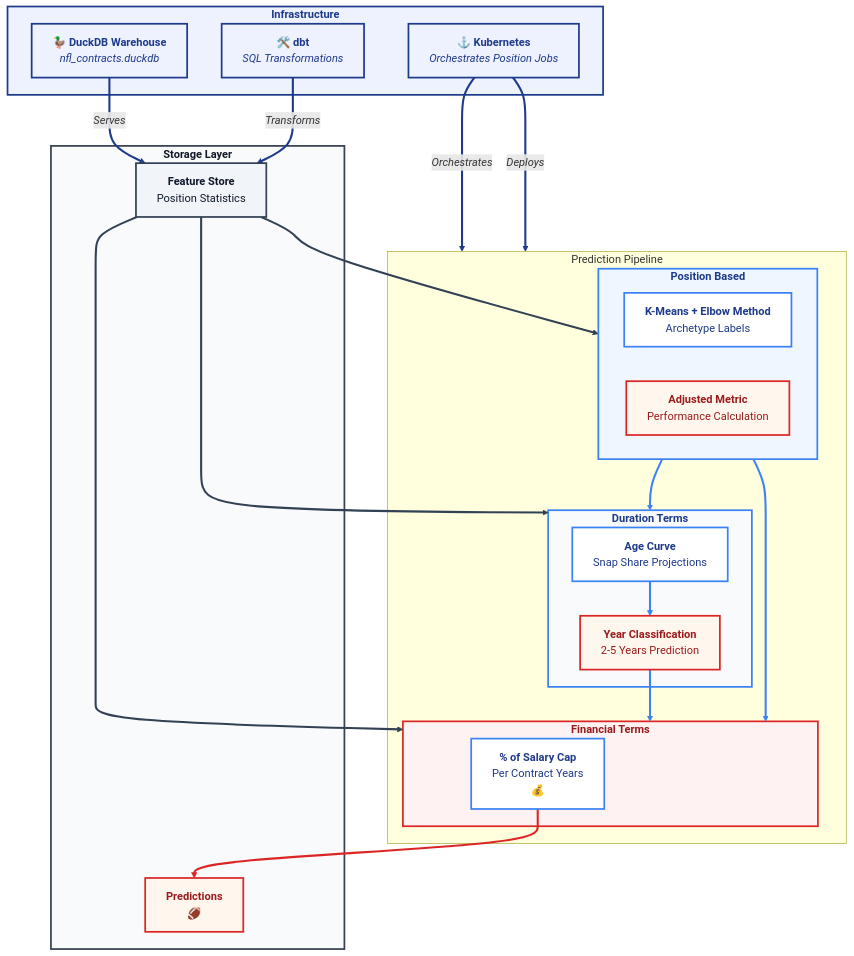
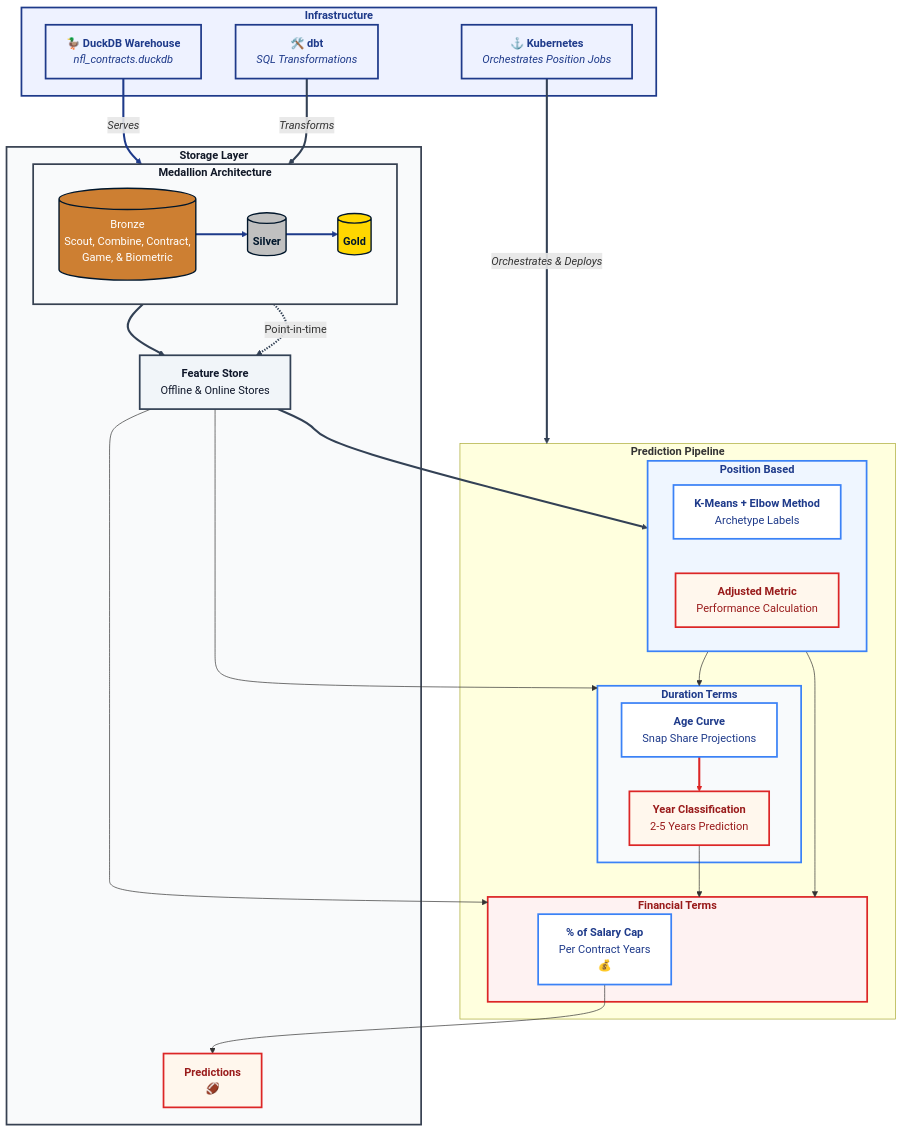
One commit to dec1costello/NFL-Market-Value-Analysis changed the diagram in README.md. Above: the diagram before and after it, drawn with Mermaid.

````diff
--- a/README.md
+++ b/README.md
@@ -38,8 +39,6 @@
 ```mermaid
-
-
 graph TB
-    %% === PROFESSIONAL RED WHITE BLUE THEME ===
+    %% === THEME & SHAPES ===
     classDef infrastructure fill:#eef2ff,stroke:#1e3a8a,stroke-width:2.5px,color:#1e3a8a
     classDef storage fill:#f9fafb,stroke:#374151,stroke-width:2.5px,color:#111827
     classDef stage1 fill:#eff6ff,stroke:#3b82f6,stroke-width:2.5px,color:#1e3a8a
@@ -48,8 +47,12 @@
     classDef features fill:#f1f5f9,stroke:#334155,stroke-width:2.5px,color:#0f172a
     classDef model fill:#ffffff,stroke:#3b82f6,stroke-width:2.5px,color:#1e3a8a
     classDef output fill:#fff7ed,stroke:#dc2626,stroke-width:2.5px,color:#991b1b
+    classDef bold font-weight:bold
+    classDef cylinder shape:cylinder
+    classDef bronze_node fill:#cd7f32,stroke:#00162b,stroke-width:2px,color:#ffffff,shape:cylinder
+    classDef silver_node fill:#c0c0c0,stroke:#00162b,stroke-width:2px,color:#00162b,shape:cylinder
+    classDef gold_node fill:#ffd700,stroke:#00162b,stroke-width:2px,color:#00162b,shape:cylinder
 
-    classDef bold font-weight:bold
 
     %% === INFRASTRUCTURE ===
     subgraph INFRA ["<b>Infrastructure</b>"]
@@ -59,17 +62,15 @@
     end
 
     %% === PIPELINE ===
-    subgraph DATA_FLOW ["Prediction Pipeline</b>"]
+    subgraph DATA_FLOW ["<b>Prediction Pipeline</b>"]
         subgraph STAGE_1 ["<b>Position Based</b>"]
             CLUSTERING["<b>K-Means + Elbow Method</b><br/>Archetype Labels"]
             adjusted_metric["<b>Adjusted Metric</b><br/>Performance Calculation"]
         end
-
         subgraph STAGE_2 ["<b>Duration Terms</b>"]
             YEAR_MODELS["<b>Age Curve</b><br/>Snap Share Projections"]
             YEAR_PREDS["<b>Year Classification</b><br/>2-5 Years Prediction"]
         end
-
         subgraph STAGE_3 ["<b>Financial Terms</b>"]
             FINANCIAL_MODELS["<b>% of Salary Cap</b><br/>Per Contract Years<br/>💰"]
         end
@@ -77,53 +78,53 @@
 
     %% === STORAGE ===
     subgraph STORAGE ["<b>Storage Layer</b>"]
-        FEATURES["<b>Feature Store</b><br/>Position Statistics"]
+        subgraph MEDALLION ["<b>Medallion Architecture</b>"]
+            direction LR
+            scout[("Bronze<br/>Scout, Combine, Contract,<br/> Game, & Biometric")]
+            sil[("<b>Silver</b>")]
+            gold[("<b>Gold</b>")]
+            scout --> sil --> gold
+        end
+        FS["<b>Feature Store</b><br/>Offline & Online Stores"]
         RESULTS["<b>Predictions</b><br/>🏈 "]
     end
 
     %% === CONNECTIONS ===
-     DUCKDB -->|"<i>Serves</i>"| FEATURES
-    DBT -->|"<i>Transforms</i>"| FEATURES
-    K8S -->|"<i>Orchestrates</i>"| DATA_FLOW
-    K8S -->|"<i>Deploys</i>"| DATA_FLOW
+     DUCKDB -->|"<i>Serves</i>"| MEDALLION
+    DBT -->|"<i>Transforms</i>"| MEDALLION
+    K8S -->|"<i>Orchestrates & Deploys</i>"| DATA_FLOW
+    
+    gold --> FS
+    sil -.->|Point-in-time| FS
+    
+    FS --> STAGE_1
+    FS --> STAGE_2
+    FS --> STAGE_3
 
-    FEATURES --> STAGE_1
     STAGE_1 --> STAGE_2
-    FEATURES --> STAGE_2
-
     YEAR_MODELS --> YEAR_PREDS
     YEAR_PREDS --> STAGE_3
     STAGE_1 --> STAGE_3
-    FEATURES --> STAGE_3
     FINANCIAL_MODELS --> RESULTS
 
     %% === APPLY STYLES ===
     class INFRA,DUCKDB,K8S,DBT infrastructure
-    class STORAGE,FEATURES,RESULTS storage
+    class STORAGE,MEDALLION,RESULTS storage
     class STAGE_1 stage1
     class STAGE_2 stage2
     class STAGE_3 stage3
-    class FEATURES features
+    class FS features
+    class scout bronze_node
+    class sil silver_node
+
+    class gold gold_node
     class CLUSTERING,YEAR_MODELS,FINANCIAL_MODELS model
     class adjusted_metric,YEAR_PREDS,RESULTS output
     class STAGE_1,STAGE_2,STAGE_3 bold
 
-    %% === LINK COLORS MATCH SOURCE NODES ===
-    linkStyle 0 stroke:#1e3a8a,stroke-width:3px
-    linkStyle 1 stroke:#1e3a8a,stroke-width:3px
-    linkStyle 2 stroke:#1e3a8a,stroke-width:3px
-    linkStyle 3 stroke:#1e3a8a,stroke-width:3px
-
-    linkStyle 4 stroke:#334155,stroke-width:3px
-    linkStyle 5 stroke:#3b82f6,stroke-width:3px
-    linkStyle 6 stroke:#334155,stroke-width:3px
-
-    linkStyle 7 stroke:#3b82f6,stroke-width:3px
-    linkStyle 8 stroke:#3b82f6,stroke-width:3px
-    linkStyle 9 stroke:#3b82f6,stroke-width:3px
-    linkStyle 10 stroke:#334155,stroke-width:3px
+    %% === LINK STYLES ===
+    linkStyle 0,1,2 stroke:#1e3a8a,stroke-width:3px
+    linkStyle 3,4 stroke:#334155,stroke-width:3px
+    linkStyle 5,6,7 stroke:#334155,stroke-width:3px
     linkStyle 11 stroke:#dc2626,stroke-width:3px
-
-
-
 ```
````
